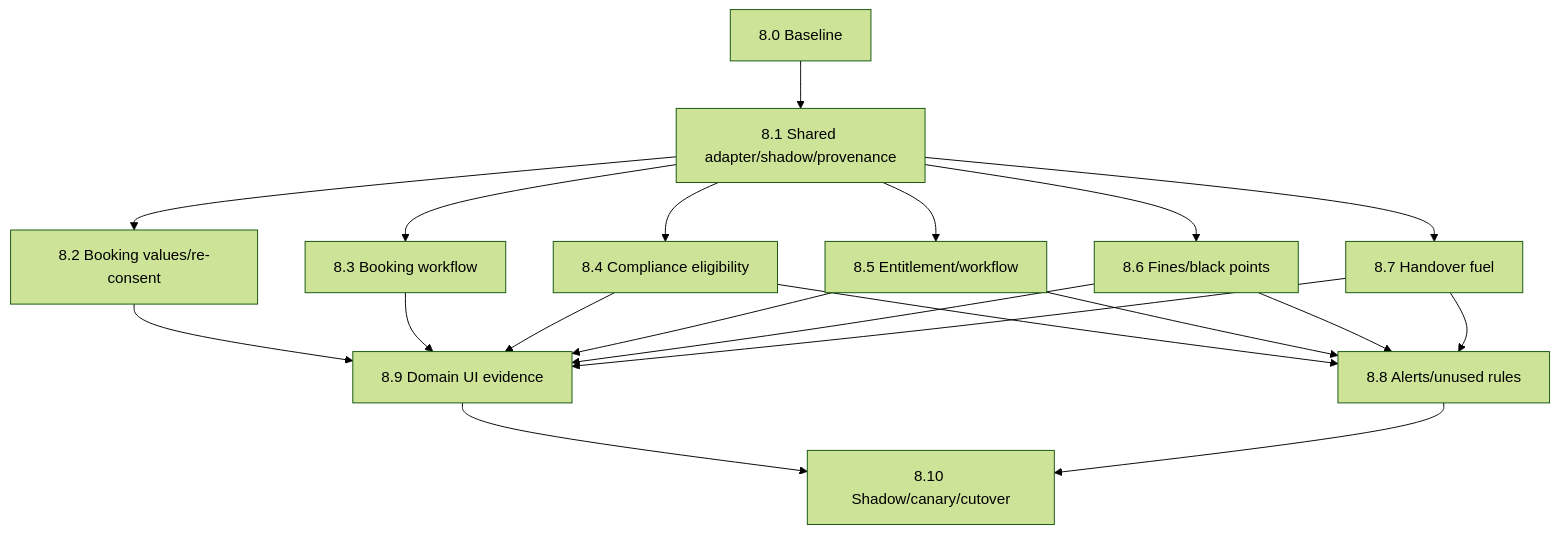
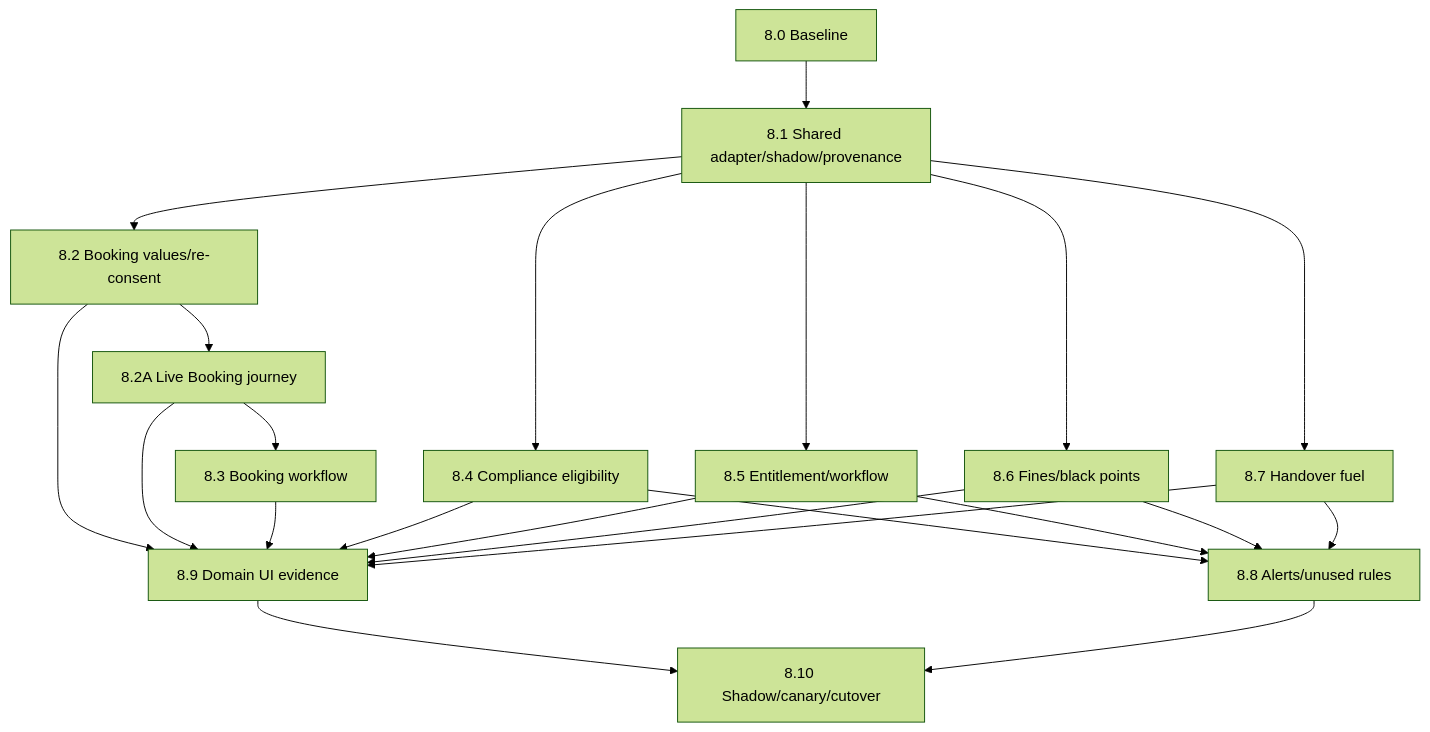
One commit to jaisonthecoder/fleet-platform changed the diagram in docs/05-implementation/decision-and-workflow-platform-plan/phase-8-domain-migration/README.md. Above: the diagram before and after it, drawn with Mermaid (forest theme). The commit also changed other lines of this file and 34 other files, not shown here.

````diff
--- a/docs/05-implementation/decision-and-workflow-platform-plan/phase-8-domain-migration/README.md
+++ b/docs/05-implementation/decision-and-workflow-platform-plan/phase-8-domain-migration/README.md
@@ -39,22 +40,24 @@
 ```mermaid
 flowchart TB
   B["8.0 Baseline"] --> A["8.1 Shared adapter/shadow/provenance"]
   A --> BV["8.2 Booking values/re-consent"]
-  A --> BW["8.3 Booking workflow"]
+  BV --> BJ["8.2A Live Booking journey"]
+  BJ --> BW["8.3 Booking workflow"]
   A --> C["8.4 Compliance eligibility"]
   A --> E["8.5 Entitlement/workflow"]
   A --> F["8.6 Fines/black points"]
   A --> H["8.7 Handover fuel"]
   C --> U["8.8 Alerts/unused rules"]
   E --> U
   F --> U
   H --> U
   BV --> UI["8.9 Domain UI evidence"]
+  BJ --> UI
   BW --> UI
   C --> UI
   E --> UI
   F --> UI
   H --> UI
   UI --> R["8.10 Shadow/canary/cutover"]
   U --> R
 ```
````
